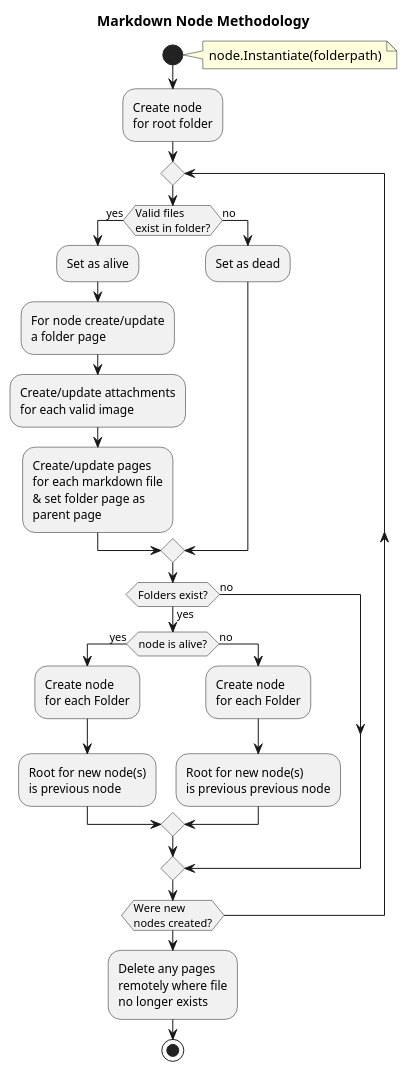
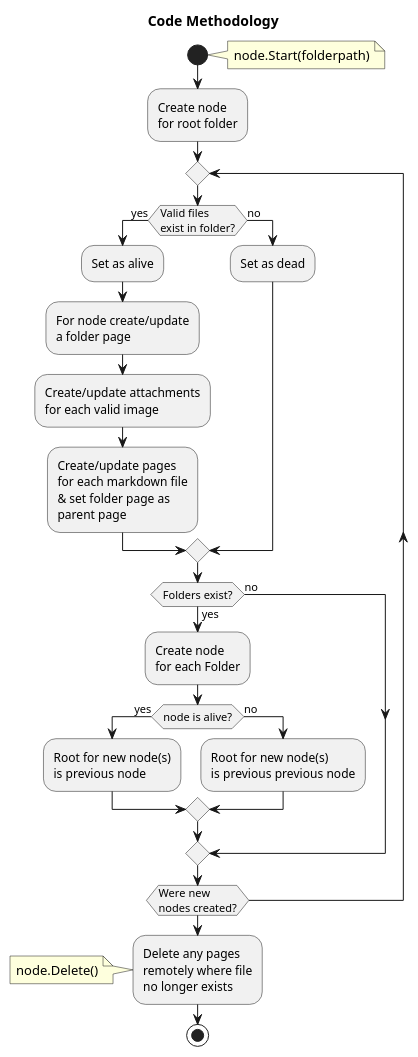
The diagram in node.puml (xiatechs/markdown-to-confluence), drawn with PlantUML before and after one commit. The commit also changed other lines of this file and 20 other files, not shown here.

```diff
--- a/node.puml
+++ b/node.puml
@@ -1,49 +3,48 @@
 @startuml
 
-title Markdown Node Methodology
+title Code Methodology
 
 
 start
-note right: node.Instantiate(folderpath)
+note right: node.Start(folderpath)
 :Create node 
 for root folder;
 
 repeat
 
 if (Valid files
 exist in folder?) then (yes)
   :Set as alive;
   :For node create/update 
   a folder page;
   :Create/update attachments
   for each valid image;
   :Create/update pages
   for each markdown file
   & set folder page as 
   parent page;
 
 else (no)
   :Set as dead;
 endif
 if (Folders exist?) then (yes)
+  :Create node
+  for each Folder;
 if (node is alive?) then (yes)
-  :Create node 
-  for each Folder;
   :Root for new node(s) 
   is previous node;
 else (no)
-  :Create node
-  for each Folder;
    :Root for new node(s) 
   is previous previous node;
 endif
 else (no)
 endif
 repeat while (Were new 
 nodes created?)
 :Delete any pages
 remotely where file
 no longer exists;
+note left: node.Delete()
 stop
 
 @enduml
```
